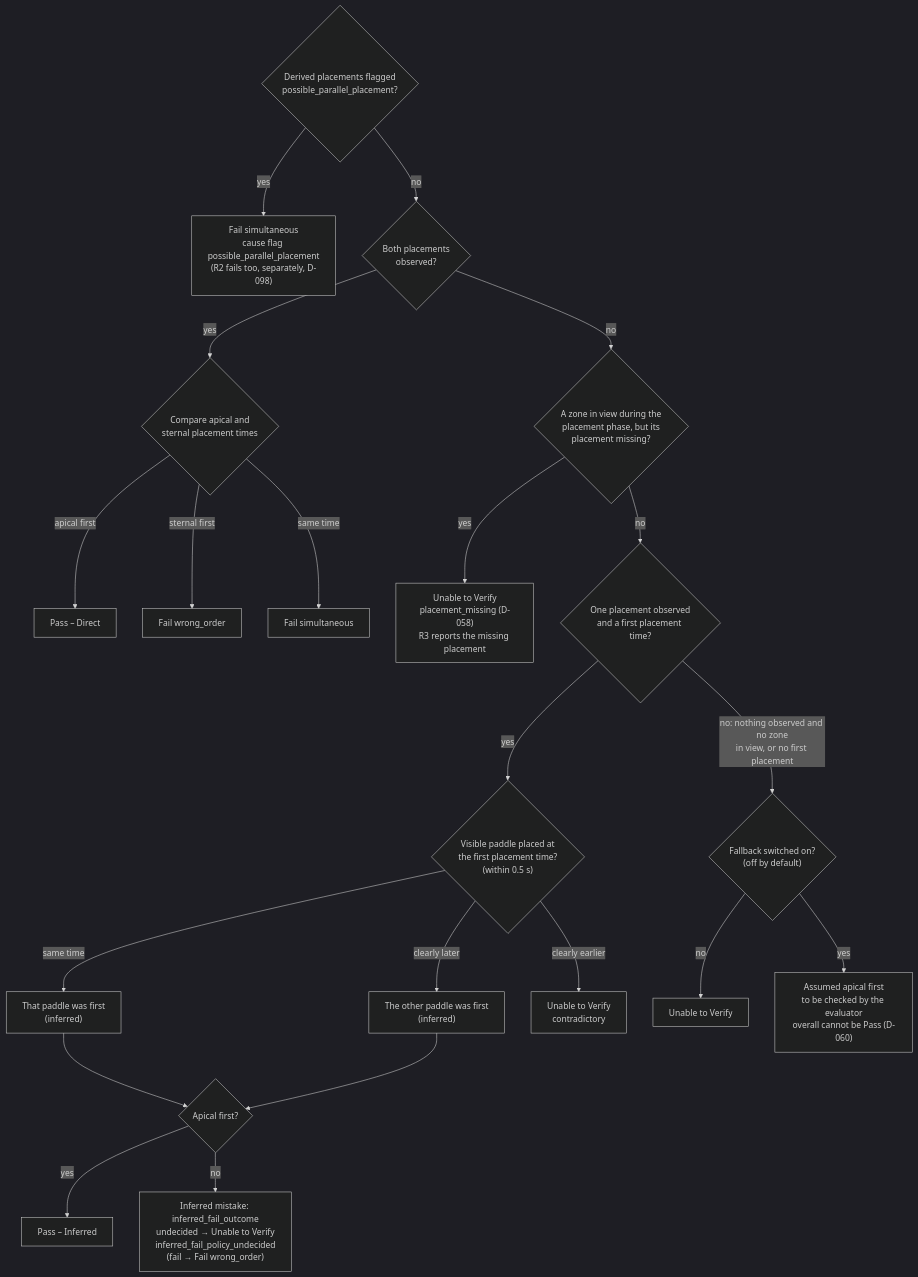
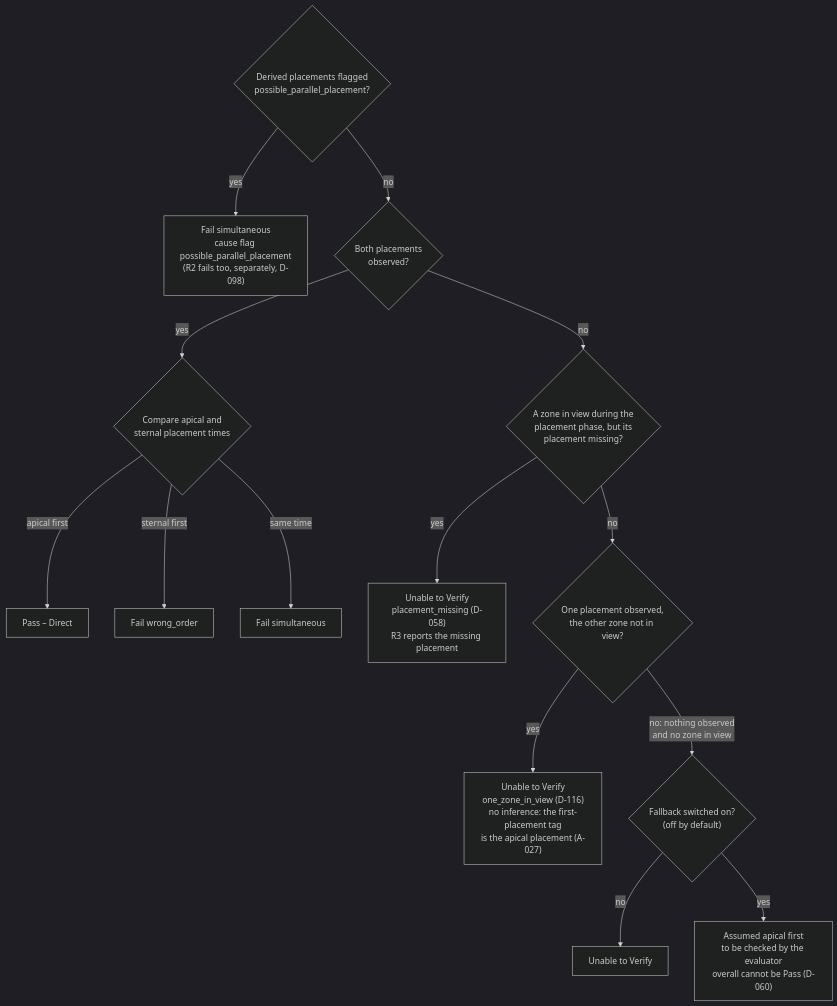
The seventh of 16 diagrams in docs/rule_engine/diagrams.md (ananthu65/defibrillator_research), drawn with Mermaid (dark theme) before and after one commit. The commit also changed other lines of this file and 24 other files, not shown here.

First line of the commit message:
fix(rules): remove R8's one-zone inferred pass; record paddle-tag and exporter decisions

````diff
--- a/docs/rule_engine/diagrams.md
+++ b/docs/rule_engine/diagrams.md
@@ -138,23 +139,16 @@
 ```mermaid
 flowchart TD
     PP{"Derived placements flagged<br/>possible_parallel_placement?"} -->|yes| FP["Fail simultaneous<br/>cause flag possible_parallel_placement<br/>(R2 fails too, separately, D-098)"]
     PP -->|no| BOTH{"Both placements<br/>observed?"}
     BOTH -->|yes| D1{"Compare apical and<br/>sternal placement times"}
     D1 -->|apical first| P["Pass – Direct"]
     D1 -->|sternal first| F["Fail wrong_order"]
     D1 -->|same time| FS["Fail simultaneous"]
     BOTH -->|no| Z{"A zone in view during the<br/>placement phase, but its<br/>placement missing?"}
     Z -->|yes| PM["Unable to Verify<br/>placement_missing (D-058)<br/>R3 reports the missing placement"]
-    Z -->|no| ONE{"One placement observed<br/>and a first placement time?"}
-    ONE -->|yes| I{"Visible paddle placed at<br/>the first placement time?<br/>(within 0.5 s)"}
-    I -->|same time| W1["That paddle was first<br/>(inferred)"]
-    I -->|clearly later| W2["The other paddle was first<br/>(inferred)"]
-    I -->|clearly earlier| C["Unable to Verify<br/>contradictory"]
-    W1 --> O{"Apical first?"}
-    W2 --> O
-    O -->|yes| PI["Pass – Inferred"]
-    O -->|no| IF["Inferred mistake: inferred_fail_outcome<br/>undecided → Unable to Verify<br/>inferred_fail_policy_undecided<br/>(fail → Fail wrong_order)"]
-    ONE -->|"no: nothing observed and no zone<br/>in view, or no first placement"| N{"Fallback switched on?<br/>(off by default)"}
+    Z -->|no| ONE{"One placement observed,<br/>the other zone not in view?"}
+    ONE -->|yes| U1["Unable to Verify<br/>one_zone_in_view (D-116)<br/>no inference: the first-placement tag<br/>is the apical placement (A-027)"]
+    ONE -->|"no: nothing observed<br/>and no zone in view"| N{"Fallback switched on?<br/>(off by default)"}
     N -->|no| U["Unable to Verify"]
     N -->|yes| AS["Assumed apical first<br/>to be checked by the evaluator<br/>overall cannot be Pass (D-060)"]
 ```
````
